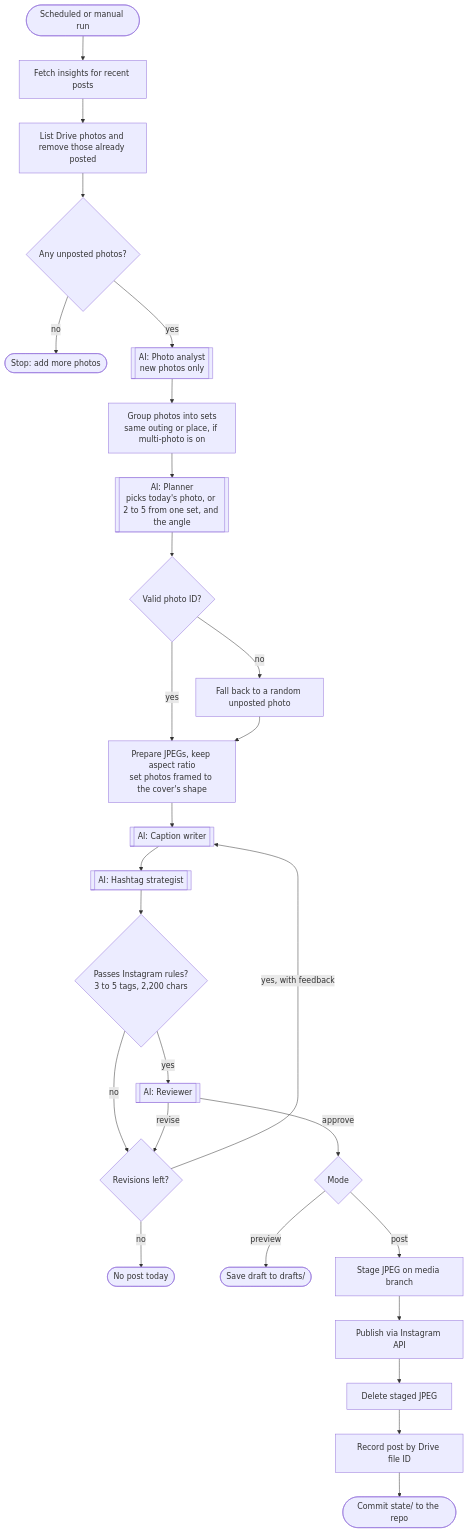
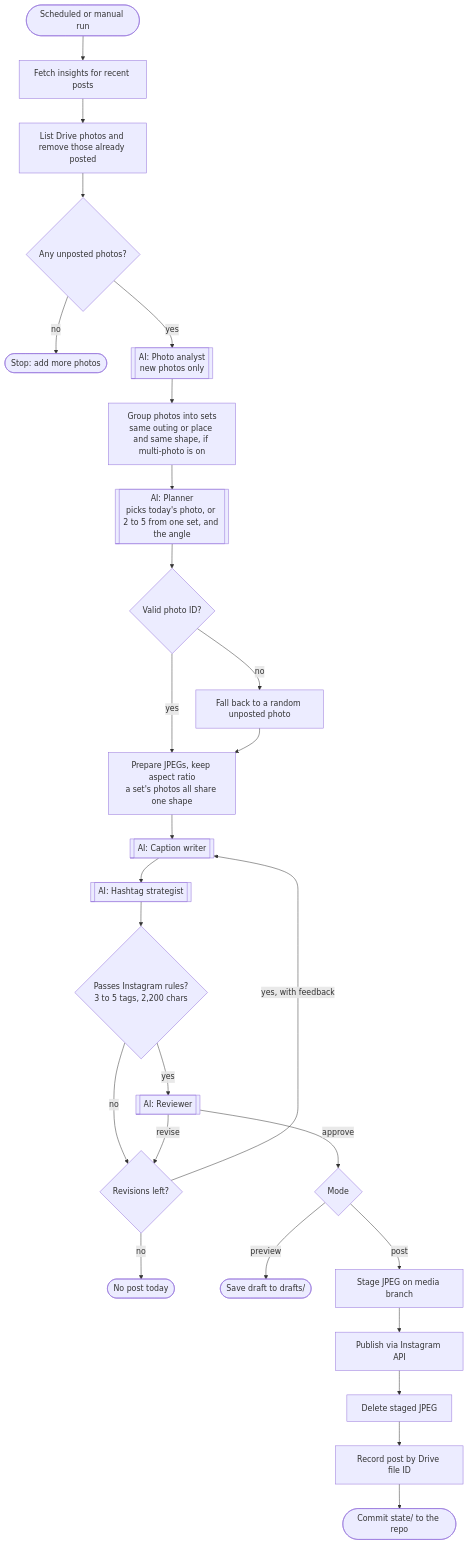
The second of 3 diagrams in docs/ARCHITECTURE.md (sritajkumarpatel/instaPostsForge), drawn with Mermaid before and after one commit. The commit also changed 8 other files, not shown here.

First line of the commit message:
Only group photos of the same shape; drop the blurred borders

````diff
--- a/docs/ARCHITECTURE.md
+++ b/docs/ARCHITECTURE.md
@@ -30,29 +30,29 @@
 ```mermaid
 flowchart TD
     Start([Scheduled or manual run]) --> Insights[Fetch insights for recent posts]
     Insights --> List[List Drive photos and remove those already posted]
     List --> Empty{Any unposted photos?}
     Empty -- no --> Stop([Stop: add more photos])
     Empty -- yes --> Analyst[["AI: Photo analyst<br/>new photos only"]]
-    Analyst --> Sets[Group photos into sets<br/>same outing or place, if multi-photo is on]
+    Analyst --> Sets[Group photos into sets<br/>same outing or place and same shape, if multi-photo is on]
     Sets --> Planner[["AI: Planner<br/>picks today's photo, or 2 to 5 from one set, and the angle"]]
     Planner --> ValidPick{Valid photo ID?}
     ValidPick -- no --> Random[Fall back to a random unposted photo]
     ValidPick -- yes --> Prepare
-    Random --> Prepare[Prepare JPEGs, keep aspect ratio<br/>set photos framed to the cover's shape]
+    Random --> Prepare[Prepare JPEGs, keep aspect ratio<br/>a set's photos all share one shape]
     Prepare --> Writer[["AI: Caption writer"]]
     Writer --> Tags[["AI: Hashtag strategist"]]
     Tags --> Rules{"Passes Instagram rules?<br/>3 to 5 tags, 2,200 chars"}
     Rules -- no --> Retry{Revisions left?}
     Rules -- yes --> Reviewer[["AI: Reviewer"]]
     Reviewer -- revise --> Retry
     Retry -- yes, with feedback --> Writer
     Retry -- no --> Skip([No post today])
     Reviewer -- approve --> Mode{Mode}
     Mode -- preview --> Draft([Save draft to drafts/])
     Mode -- post --> Stage[Stage JPEG on media branch]
     Stage --> Publish[Publish via Instagram API]
     Publish --> Cleanup[Delete staged JPEG]
     Cleanup --> Record[Record post by Drive file ID]
     Record --> Commit([Commit state/ to the repo])
 ```
````
